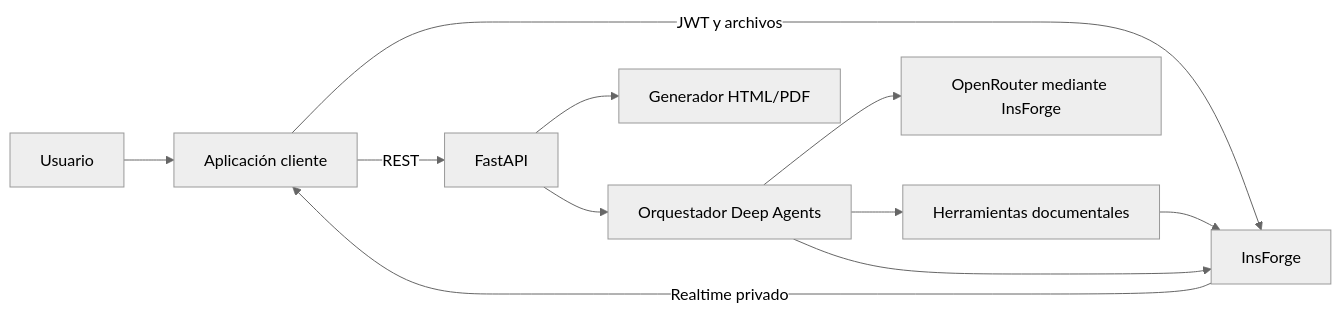
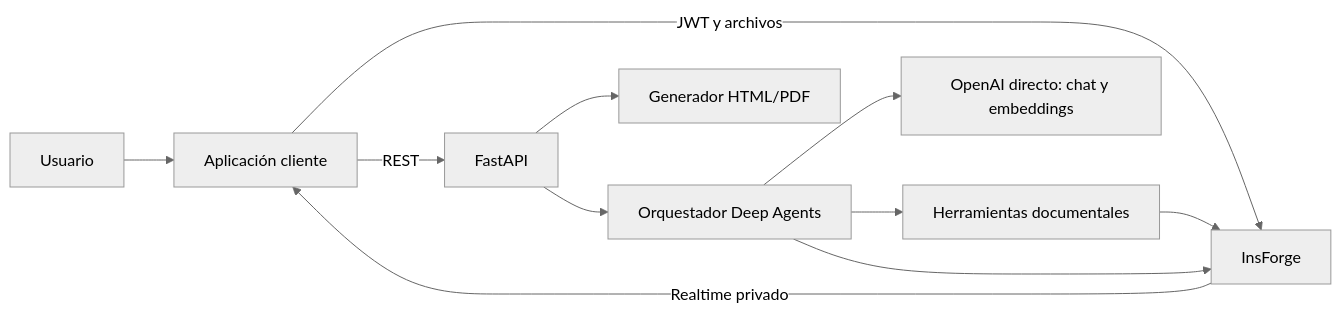
One commit to justinz12xd/Arist-teles changed the first of 3 diagrams in docs/ARCHITECTURE.md. Above: the diagram before and after it, drawn with Mermaid (neutral theme). The commit also changed other lines of this file and 41 other files, not shown here.

````diff
--- a/docs/ARCHITECTURE.md
+++ b/docs/ARCHITECTURE.md
@@ -11,13 +11,13 @@
 ```mermaid
 flowchart LR
     U[Usuario] --> FE[Aplicación cliente]
     FE -->|JWT y archivos| IF[InsForge]
     FE -->|REST| API[FastAPI]
     API --> ORCH[Orquestador Deep Agents]
     ORCH --> TOOLS[Herramientas documentales]
-    ORCH --> AI[OpenRouter mediante InsForge]
+    ORCH --> AI[OpenAI directo: chat y embeddings]
     TOOLS --> IF
     ORCH --> IF
     IF -->|Realtime privado| FE
     API --> PDF[Generador HTML/PDF]
 ```
````
